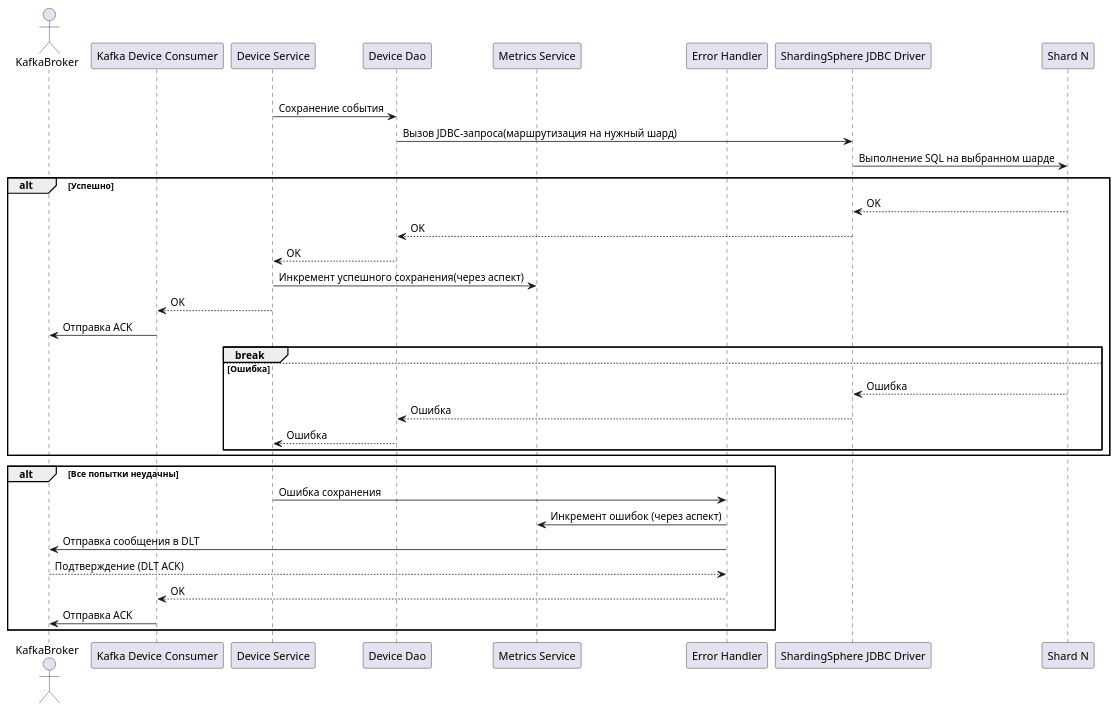
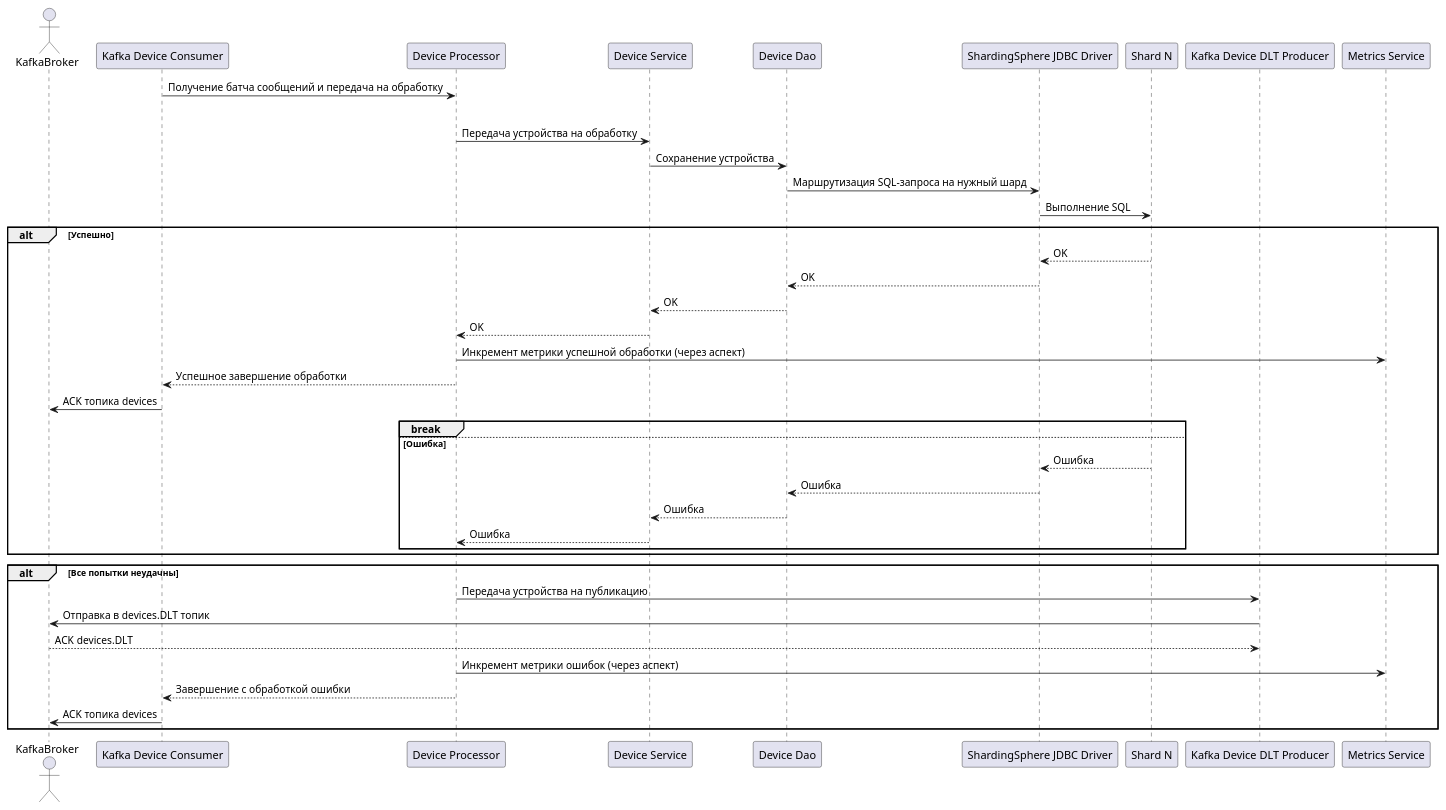
The diagram in device-collector/diagrams/sequence.puml (SinglePlayer56/iot), drawn with PlantUML before and after one commit. The commit also changed 10 other files, not shown here.

Commit message:
Add processing device message. Update diagrams.

```diff
--- a/device-collector/diagrams/sequence.puml
+++ b/device-collector/diagrams/sequence.puml
@@ -1,38 +1,44 @@
 @startuml
 actor KafkaBroker
 participant "Kafka Device Consumer" as KDC
+participant "Device Processor" as DP
 participant "Device Service" as DCS
 participant "Device Dao" as DCR
-participant "Metrics Service" as MS
-participant "Error Handler" as EH
 participant "ShardingSphere JDBC Driver" as SSJ
 participant "Shard N" as S
+participant "Kafka Device DLT Producer" as DLT
+participant "Metrics Service" as MS
 
-loop N попыток
-    DCS -> DCR : Сохранение события
-    DCR -> SSJ: Вызов JDBC-запроса(маршрутизация на нужный шард)
-    SSJ -> S : Выполнение SQL на выбранном шарде
+KDC -> DP : Получение батча сообщений и передача на обработку
+
+loop до 3 попыток
+    DP -> DCS : Передача устройства на обработку
+    DCS -> DCR : Сохранение устройства
+    DCR -> SSJ : Маршрутизация SQL-запроса на нужный шард
+    SSJ -> S : Выполнение SQL
     alt Успешно
         S --> SSJ : OK
         SSJ --> DCR : OK
         DCR --> DCS : OK
-        DCS -> MS : Инкремент успешного сохранения(через аспект)
-        DCS --> KDC : OK
-        KDC -> KafkaBroker : Отправка ACK
+        DCS --> DP : OK
+        DP -> MS : Инкремент метрики успешной обработки (через аспект)
+        DP --> KDC : Успешное завершение обработки
+        KDC -> KafkaBroker : ACK топика devices
         break
     else Ошибка
         S --> SSJ : Ошибка
         SSJ --> DCR : Ошибка
         DCR --> DCS : Ошибка
+        DCS --> DP : Ошибка
     end
 end
 
 alt Все попытки неудачны
-    DCS -> EH : Ошибка сохранения
-    EH -> MS : Инкремент ошибок (через аспект)
-    EH -> KafkaBroker : Отправка сообщения в DLT
-    KafkaBroker --> EH : Подтверждение (DLT ACK)
-    EH --> KDC : OK
-    KDC -> KafkaBroker : Отправка ACK
+    DP -> DLT : Передача устройства на публикацию
+    DLT -> KafkaBroker : Отправка в devices.DLT топик
+    KafkaBroker --> DLT : ACK devices.DLT
+    DP -> MS : Инкремент метрики ошибок (через аспект)
+    DP --> KDC : Завершение с обработкой ошибки
+    KDC -> KafkaBroker : ACK топика devices
 end
 @enduml
```
